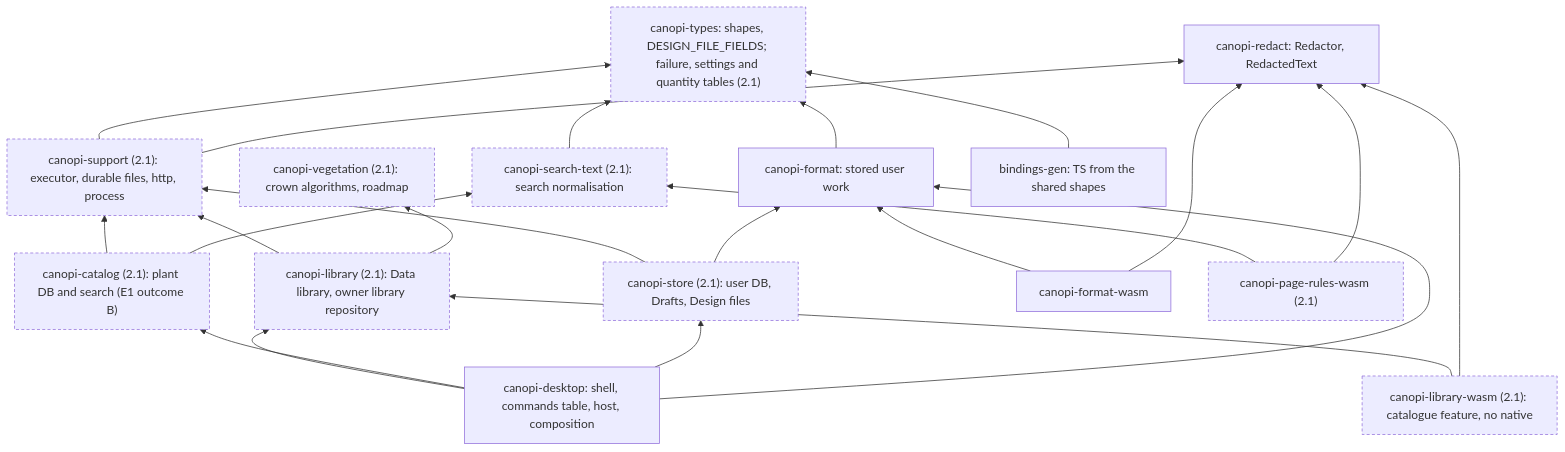
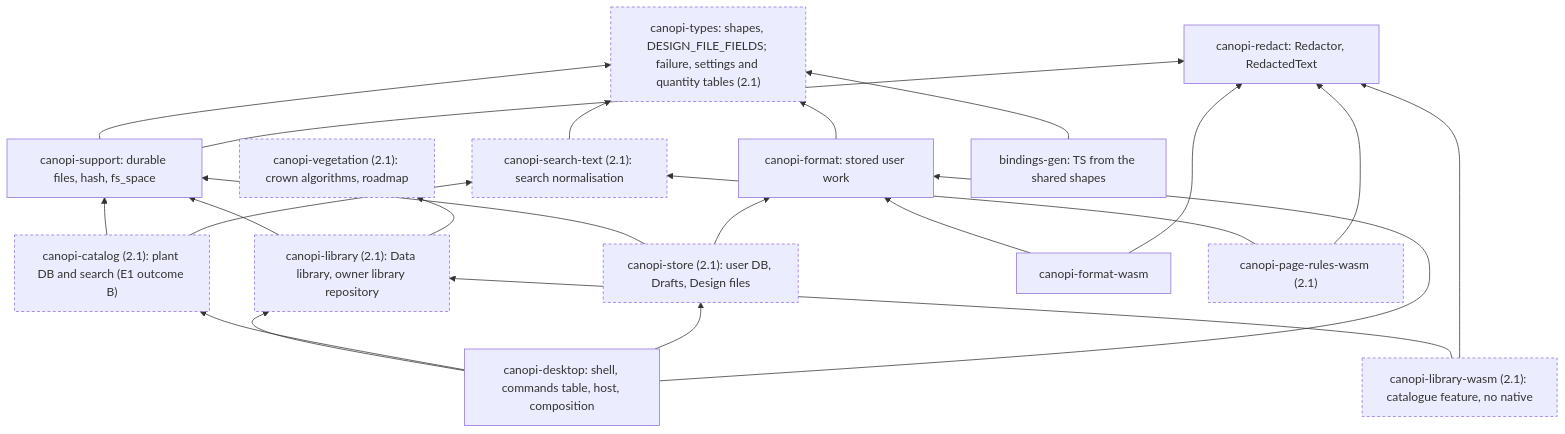
One commit to opencanopi/canopi changed the seventh of 8 diagrams in docs/architecture/components.md. Above: the diagram before and after it, drawn with Mermaid. The commit also changed other lines of this file and 47 other files, not shown here.

````diff
--- a/docs/architecture/components.md
+++ b/docs/architecture/components.md
@@ -271,39 +273,39 @@
 ```mermaid
 flowchart BT
   classDef target stroke-dasharray: 4 3
   types["canopi-types: shapes, DESIGN_FILE_FIELDS; failure, settings and quantity tables (2.1)"]:::target
   fmt["canopi-format: stored user work"]
   st["canopi-search-text (2.1): search normalisation"]:::target
-  sup["canopi-support (2.1): executor, durable files, http, process"]:::target
+  sup["canopi-support: durable files, hash, fs_space"]
   veg["canopi-vegetation (2.1): crown algorithms, roadmap"]:::target
   lib["canopi-library (2.1): Data library, owner library repository"]:::target
   cat["canopi-catalog (2.1): plant DB and search (E1 outcome B)"]:::target
   store["canopi-store (2.1): user DB, Drafts, Design files"]:::target
   desk["canopi-desktop: shell, commands table, host, composition"]
   bg["bindings-gen: TS from the shared shapes"]
   fw["canopi-format-wasm"]
   sw["canopi-page-rules-wasm (2.1)"]:::target
   rd["canopi-redact: Redactor, RedactedText"]
   lw["canopi-library-wasm (2.1): catalogue feature, no native"]:::target
   fmt --> types
   st --> types
   sup --> types
   lib --> sup
   lib --> veg
   cat --> sup
   cat --> st
   store --> sup
   store --> fmt
   desk --> lib
   desk --> cat
   desk --> store
   desk --> fmt
   bg --> types
   fw --> fmt
   sw --> st
   lw --> lib
   sup --> rd
   fw --> rd
   sw --> rd
   lw --> rd
 ```
````
